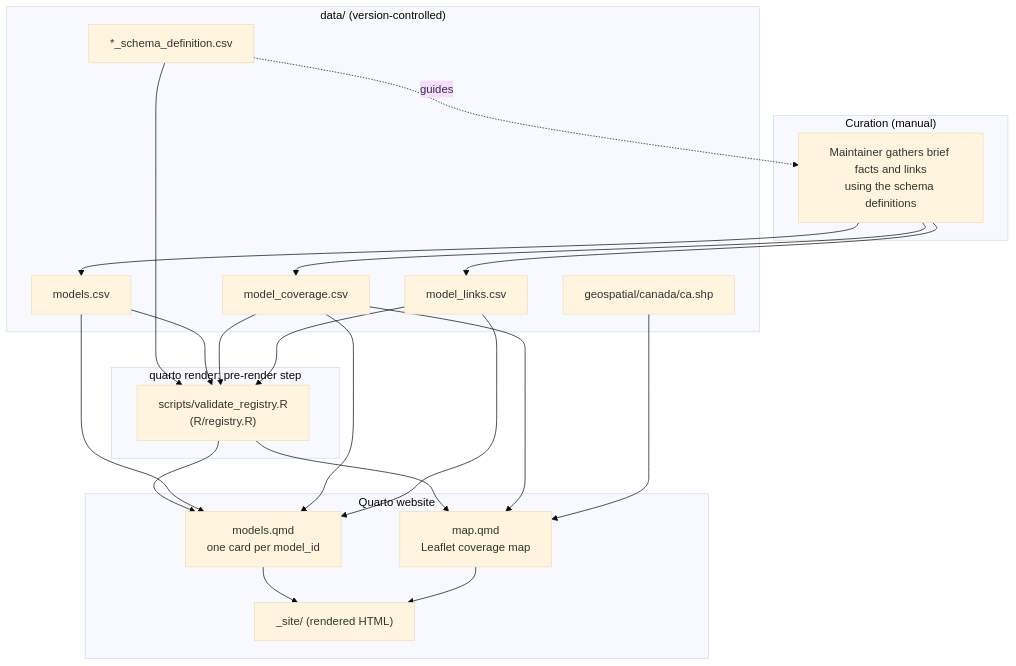
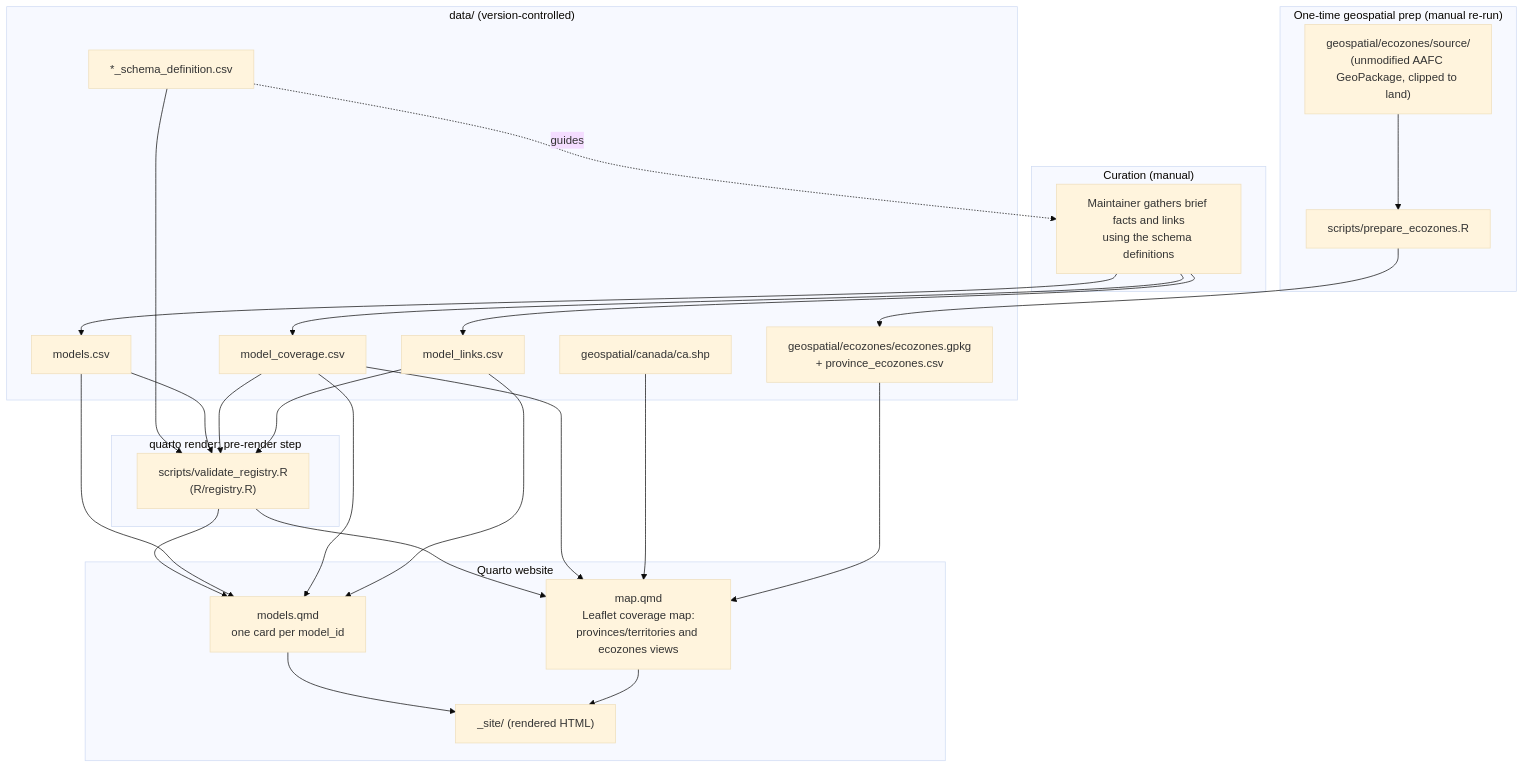
Before and after one commit to forest-carbon-tools-dfs/CanGrowthModels: the second of 2 diagrams in docs/pipeline-and-workflow.md, drawn with Mermaid (base theme). The commit also changed other lines of this file and 25 other files, not shown here.

Commit message:
update to the columns and fields allowed in links.csv and adding an ecozone map that can be toggled

````diff
--- a/docs/pipeline-and-workflow.md
+++ b/docs/pipeline-and-workflow.md
@@ -164,35 +176,44 @@
 ```mermaid
 flowchart TD
     subgraph CURATE["Curation (manual)"]
         REVIEW["Maintainer gathers brief facts and links<br/>using the schema definitions"]
+    end
+
+    subgraph GEOPREP["One-time geospatial prep (manual re-run)"]
+        SRC["geospatial/ecozones/source/<br/>(unmodified AAFC GeoPackage, clipped to land)"]
+        PREP["scripts/prepare_ecozones.R"]
+        SRC --> PREP
     end
 
     subgraph DATA["data/ (version-controlled)"]
         SCHEMA["*_schema_definition.csv"]
         M["models.csv"]
         C["model_coverage.csv"]
         L["model_links.csv"]
         G["geospatial/canada/ca.shp"]
+        EZ["geospatial/ecozones/ecozones.gpkg<br/>+ province_ecozones.csv"]
     end
+
+    PREP --> EZ
 
     SCHEMA -.->|"guides"| REVIEW
     REVIEW --> M & C & L
 
     subgraph PRE["quarto render: pre-render step"]
         V["scripts/validate_registry.R<br/>(R/registry.R)"]
     end
 
     SCHEMA --> V
     M & C & L --> V
 
     subgraph SITE["Quarto website"]
         Q["models.qmd<br/>one card per model_id"]
-        MAP["map.qmd<br/>Leaflet coverage map"]
+        MAP["map.qmd<br/>Leaflet coverage map:<br/>provinces/territories and ecozones views"]
         OUT["_site/ (rendered HTML)"]
     end
 
     V --> Q
     V --> MAP
     M & C & L --> Q --> OUT
-    C & G --> MAP --> OUT
+    C & G & EZ --> MAP --> OUT
 ```
````
